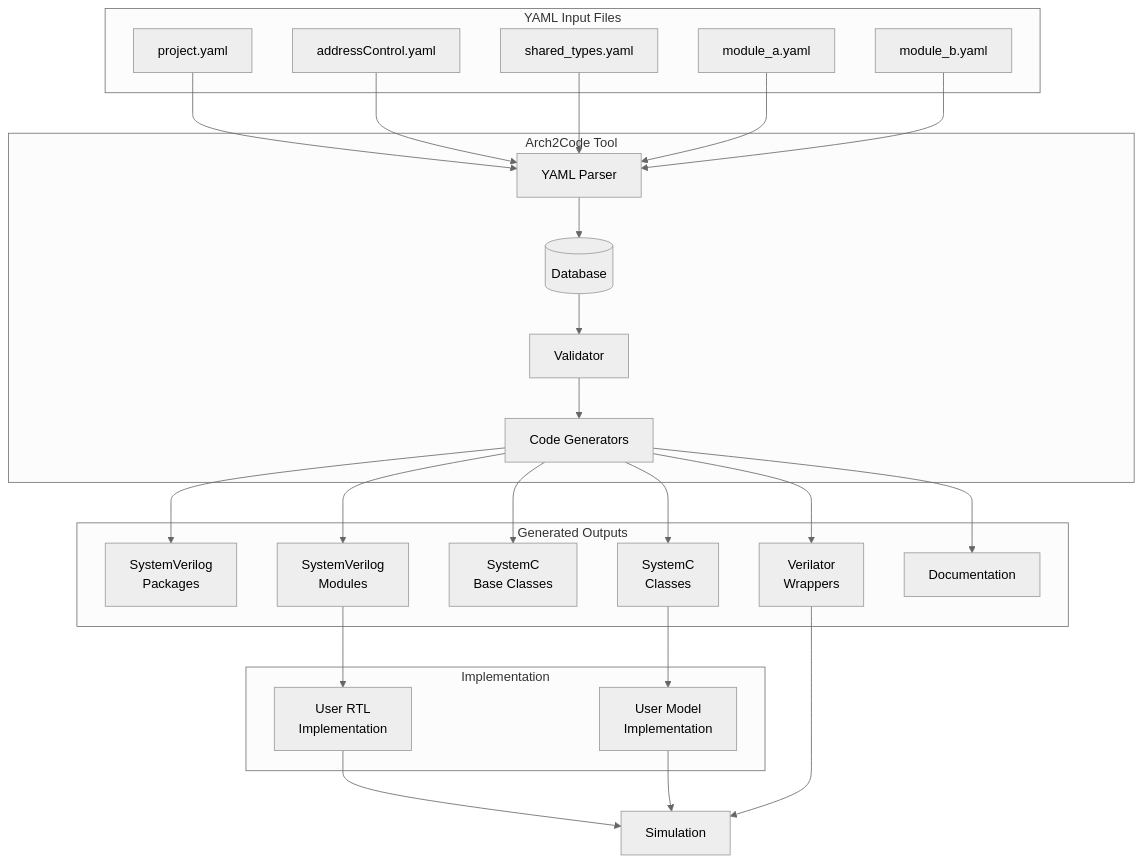
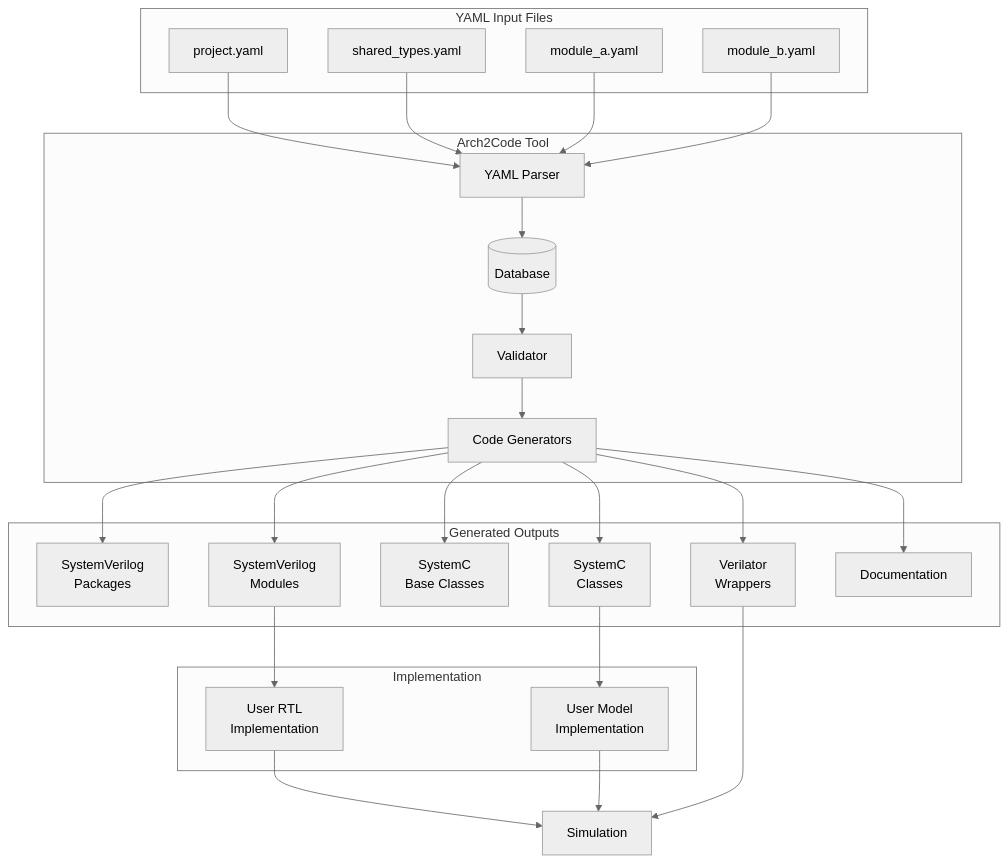
One commit to arch2code/arch2code changed the fifth of 5 diagrams in ARCH2CODE_AI_RULES.md. Above: the diagram before and after it, drawn with Mermaid (neutral theme). The commit also changed other lines of this file and 42 other files, not shown here.

````diff
--- a/ARCH2CODE_AI_RULES.md
+++ b/ARCH2CODE_AI_RULES.md
@@ -3722,55 +3569,53 @@
 ```mermaid
 graph TB
     subgraph Input [YAML Input Files]
         PF[project.yaml]
-        AC[addressControl.yaml]
         ST[shared_types.yaml]
         MA[module_a.yaml]
         MB[module_b.yaml]
     end
     
     subgraph A2C [Arch2Code Tool]
         Parse[YAML Parser]
         DB[(Database)]
         Val[Validator]
         Gen[Code Generators]
     end
     
     subgraph Output [Generated Outputs]
         SVP[SystemVerilog<br/>Packages]
         SVM[SystemVerilog<br/>Modules]
         SCB[SystemC<br/>Base Classes]
         SCC[SystemC<br/>Classes]
         VLW[Verilator<br/>Wrappers]
         DOC[Documentation]
     end
     
     subgraph Impl [Implementation]
         SVIMPL[User RTL<br/>Implementation]
         SCIMPL[User Model<br/>Implementation]
     end
     
     PF --> Parse
-    AC --> Parse
     ST --> Parse
     MA --> Parse
     MB --> Parse
     
     Parse --> DB
     DB --> Val
     Val --> Gen
     
     Gen --> SVP
     Gen --> SVM
     Gen --> SCB
     Gen --> SCC
     Gen --> VLW
     Gen --> DOC
     
     SVM --> SVIMPL
     SCC --> SCIMPL
     
     SVIMPL --> Sim[Simulation]
     SCIMPL --> Sim
     VLW --> Sim
 ```
````
